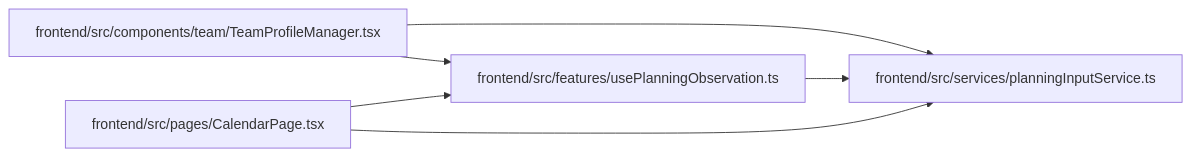
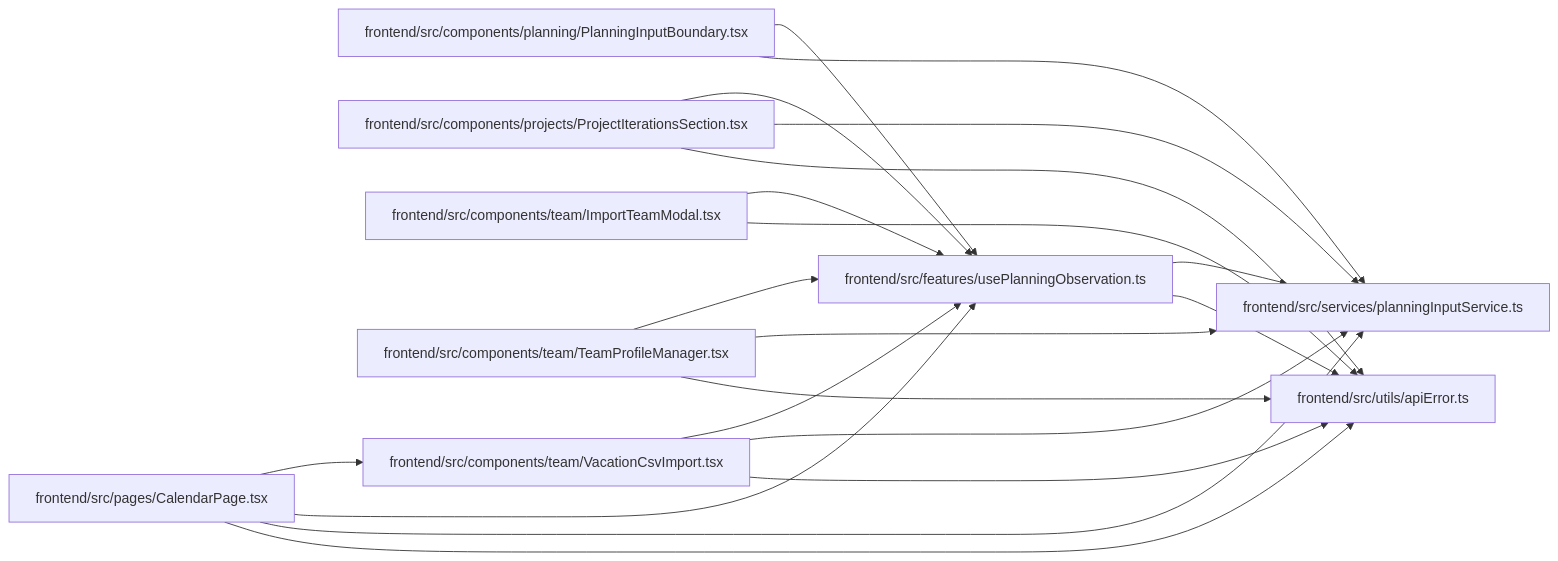
One commit to Denissvgn/WorkChord changed the diagram in docs/llm_wiki/modules/usePlanningObservation.md. Above: the diagram before and after it, drawn with Mermaid. The commit also changed other lines of this file and 555 other files, not shown here.

````diff
--- a/docs/llm_wiki/modules/usePlanningObservation.md
+++ b/docs/llm_wiki/modules/usePlanningObservation.md
@@ -25,16 +26,40 @@
 ```mermaid
 flowchart LR
-    n0["frontend/src/components/team/TeamProfileManager.tsx"]
-    n1["frontend/src/features/usePlanningObservation.ts"]
-    n2["frontend/src/pages/CalendarPage.tsx"]
-    n3["frontend/src/services/planningInputService.ts"]
-    n0 --> n1
-    n0 --> n3
-    n1 --> n3
-    n2 --> n1
-    n2 --> n3
-    click n0 "../modules/TeamProfileManager.md"
-    click n1 "../modules/usePlanningObservation.md"
-    click n2 "../modules/CalendarPage.md"
-    click n3 "../modules/planningInputService.md"
+    n0["frontend/src/components/planning/PlanningInputBoundary.tsx"]
+    n1["frontend/src/components/projects/ProjectIterationsSection.tsx"]
+    n2["frontend/src/components/team/ImportTeamModal.tsx"]
+    n3["frontend/src/components/team/TeamProfileManager.tsx"]
+    n4["frontend/src/components/team/VacationCsvImport.tsx"]
+    n5["frontend/src/features/usePlanningObservation.ts"]
+    n6["frontend/src/pages/CalendarPage.tsx"]
+    n7["frontend/src/services/planningInputService.ts"]
+    n8["frontend/src/utils/apiError.ts"]
+    n0 --> n5
+    n0 --> n7
+    n1 --> n5
+    n1 --> n7
+    n1 --> n8
+    n2 --> n5
+    n2 --> n8
+    n3 --> n5
+    n3 --> n7
+    n3 --> n8
+    n4 --> n5
+    n4 --> n7
+    n4 --> n8
+    n5 --> n7
+    n5 --> n8
+    n6 --> n4
+    n6 --> n5
+    n6 --> n7
+    n6 --> n8
+    click n0 "../modules/PlanningInputBoundary.md"
+    click n1 "../modules/ProjectIterationsSection.md"
+    click n2 "../modules/ImportTeamModal.md"
+    click n3 "../modules/TeamProfileManager.md"
+    click n4 "../modules/VacationCsvImport.md"
+    click n5 "../modules/usePlanningObservation.md"
+    click n6 "../modules/CalendarPage.md"
+    click n7 "../modules/planningInputService.md"
+    click n8 "../modules/apiError.md"
 ```
````
